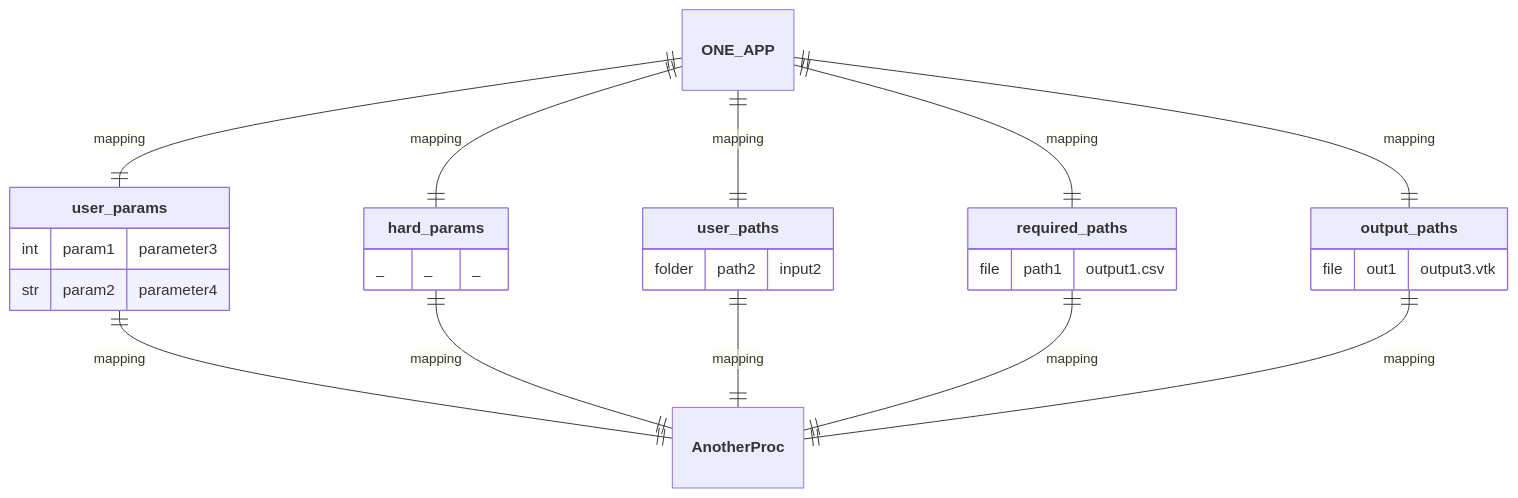
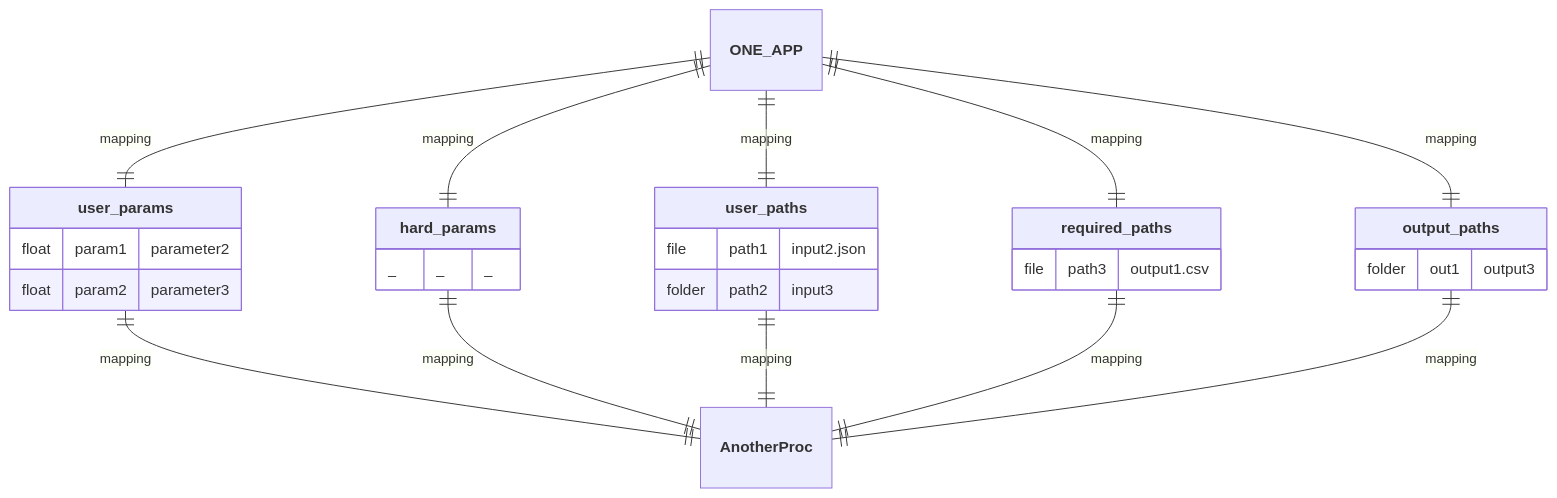
Before and after one commit to nuremics/nuremics: diagram 11 of 17 in README.md, drawn with Mermaid. The commit also changed other lines of this file, not shown here.

````diff
--- a/README.md
+++ b/README.md
@@ -317,30 +312,31 @@
 ```mermaid
 erDiagram
   **ONE_APP** ||--|| **user_params** : mapping
   **ONE_APP** ||--|| **hard_params** : mapping
   **ONE_APP** ||--|| **user_paths** : mapping
   **ONE_APP** ||--|| **required_paths** : mapping
   **ONE_APP** ||--|| **output_paths** : mapping
   **user_params** ||--|| **AnotherProc** : mapping
   **hard_params** ||--|| **AnotherProc** : mapping
   **user_paths** ||--|| **AnotherProc** : mapping
   **required_paths** ||--|| **AnotherProc** : mapping
   **output_paths** ||--|| **AnotherProc** : mapping
 
   **user_params** {
-    int param1 "parameter3"
-    str param2 "parameter4"
+    float param1 "parameter2"
+    float param2 "parameter3"
   }
   **hard_params** {
     _ _ "_"
   }
   **user_paths** {
-    folder path2 "input2"
+    file path1 "input2.json"
+    folder path2 "input3"
   }
   **required_paths** {
-    file path1 "output1.csv"
+    file path3 "output1.csv"
   }
   **output_paths** {
-    file out1 "output3.vtk"
+    folder out1 "output3"
   }
 ```
````
